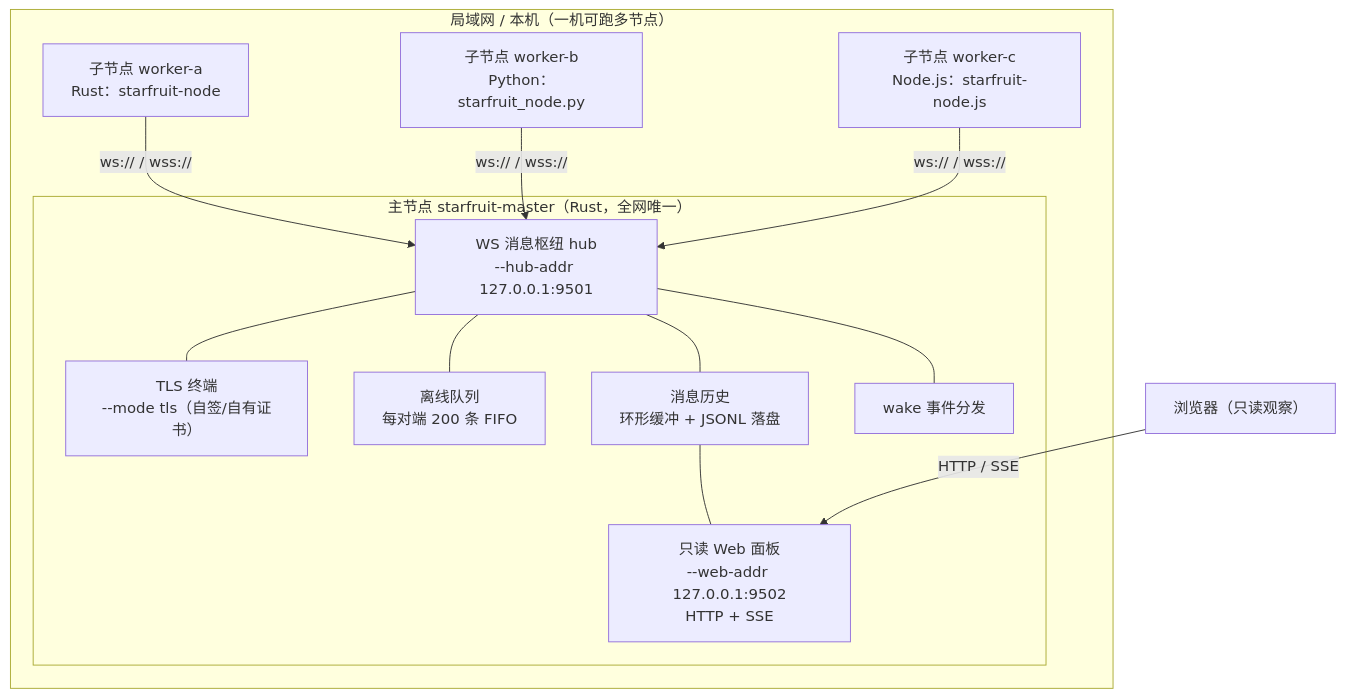
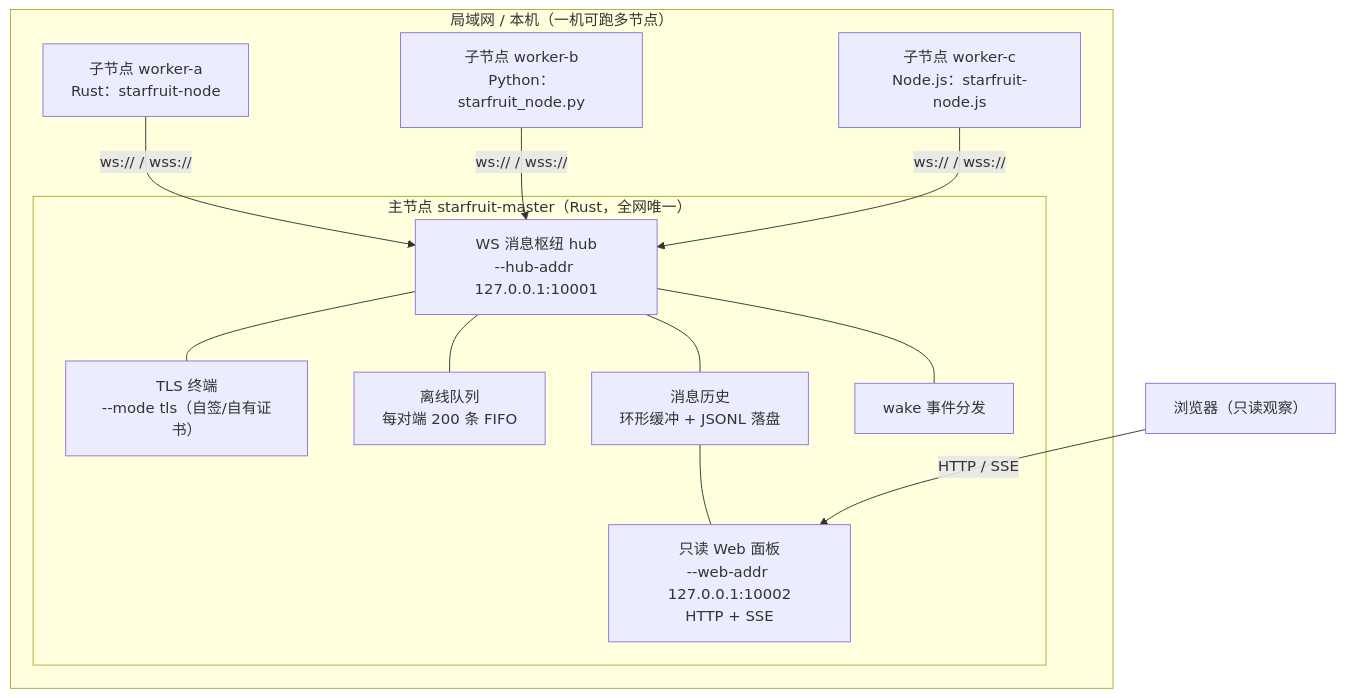
The first of 3 diagrams in README.md (chunshilaioqf/starfruit-skill), drawn with Mermaid before and after one commit. The commit also changed other lines of this file and 24 other files, not shown here.

````diff
--- a/README.md
+++ b/README.md
@@ -62,28 +65,28 @@
 ```mermaid
 flowchart TB
     subgraph LAN["局域网 / 本机（一机可跑多节点）"]
         subgraph MASTER["主节点 starfruit-master（Rust，全网唯一）"]
-            HUB["WS 消息枢纽 hub<br/>--hub-addr 127.0.0.1:9501"]
+            HUB["WS 消息枢纽 hub<br/>--hub-addr 127.0.0.1:10001"]
             TLSX["TLS 终端<br/>--mode tls（自签/自有证书）"]
             QUEUE["离线队列<br/>每对端 200 条 FIFO"]
             HIST["消息历史<br/>环形缓冲 + JSONL 落盘"]
             WAKE["wake 事件分发"]
-            WEB["只读 Web 面板<br/>--web-addr 127.0.0.1:9502<br/>HTTP + SSE"]
+            WEB["只读 Web 面板<br/>--web-addr 127.0.0.1:10002<br/>HTTP + SSE"]
         end
         N1["子节点 worker-a<br/>Rust：starfruit-node"]
         N2["子节点 worker-b<br/>Python：starfruit_node.py"]
         N3["子节点 worker-c<br/>Node.js：starfruit-node.js"]
     end
 
     BROWSER["浏览器（只读观察）"]
 
     N1 -- "ws:// / wss://" --> HUB
     N2 -- "ws:// / wss://" --> HUB
     N3 -- "ws:// / wss://" --> HUB
     HUB --- TLSX
     HUB --- QUEUE
     HUB --- HIST
     HUB --- WAKE
     HIST --- WEB
     BROWSER -- "HTTP / SSE" --> WEB
 ```
````
